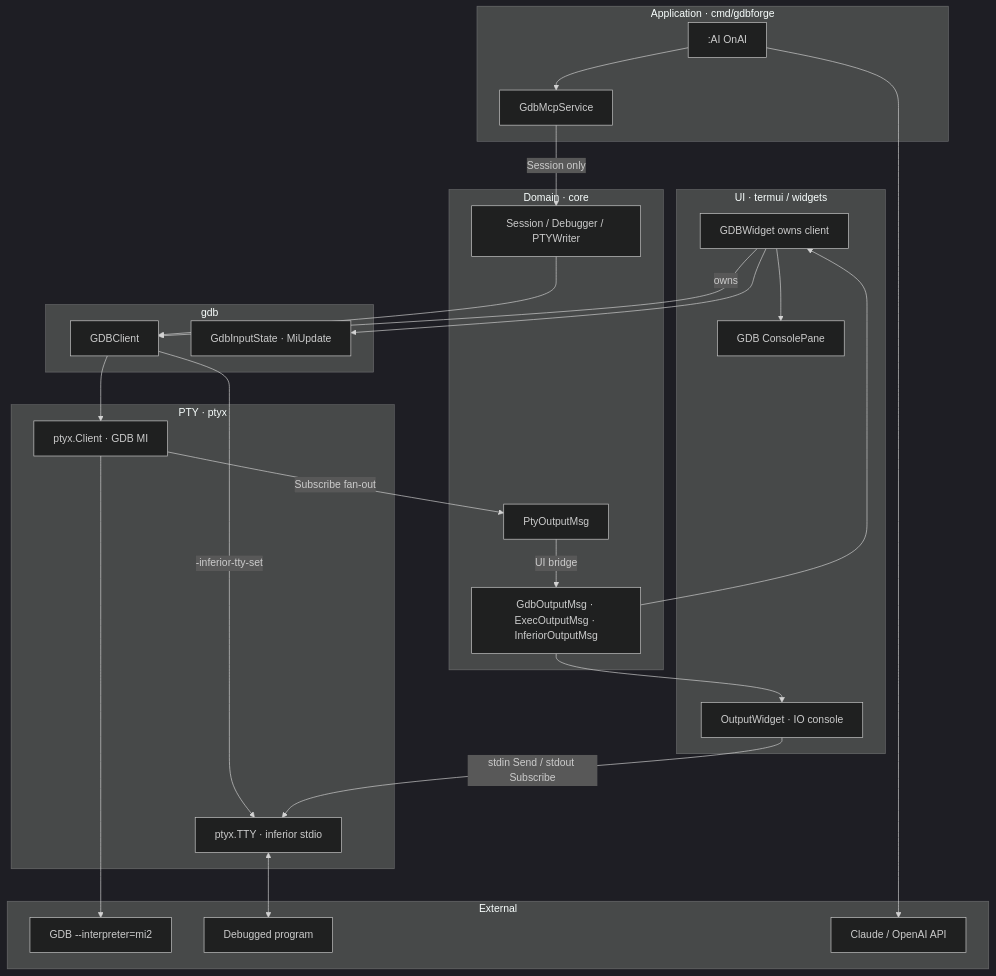
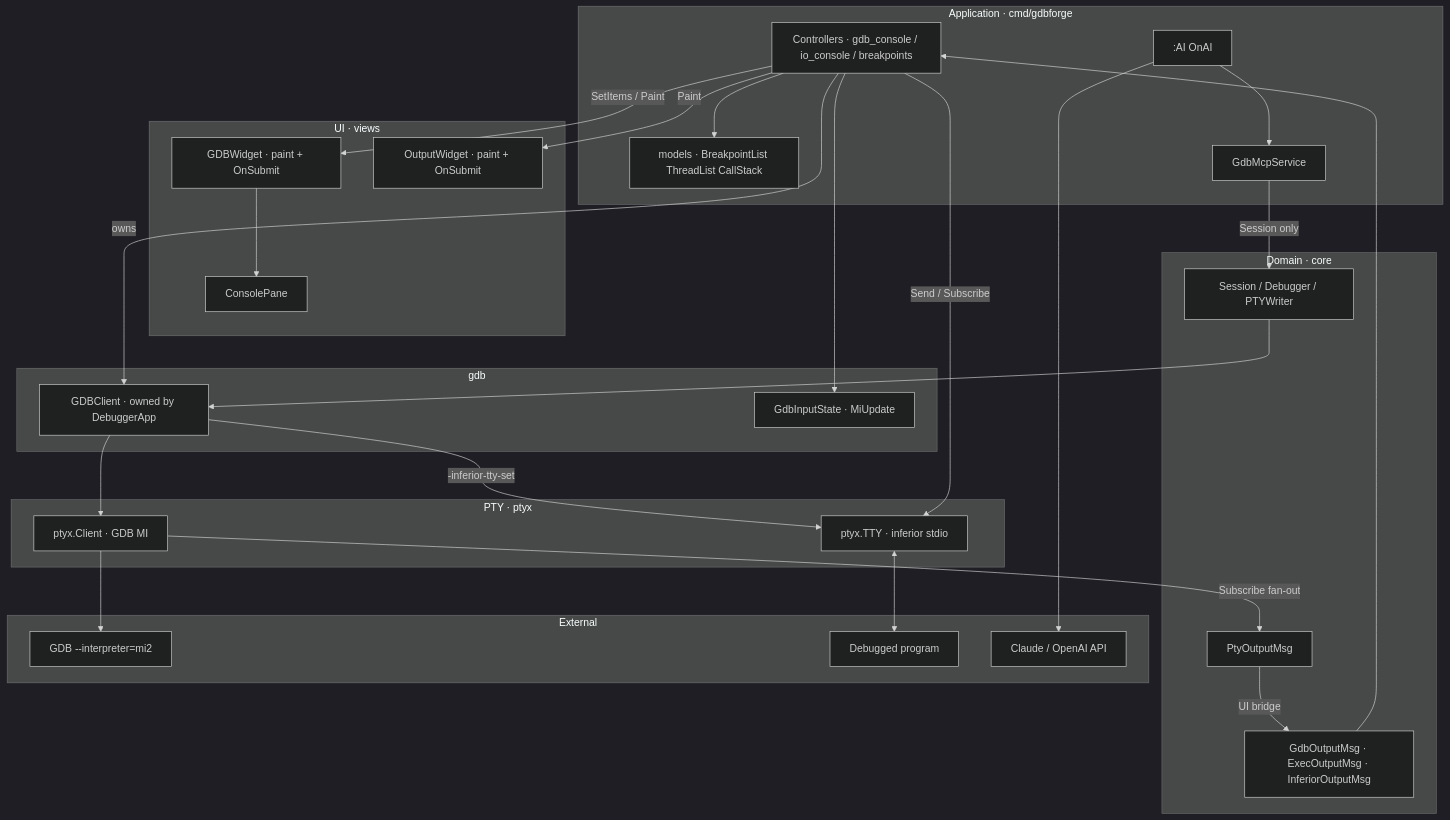
Before and after one commit to yairgd/gdbforge: the first of 6 diagrams in docs/DEBUGGER_INTEGRATION.md, drawn with Mermaid (dark theme). The commit also changed other lines of this file and 37 other files, not shown here.

First line of the commit message:
Refactor remaining panes to MVC and document the architecture.

````diff
--- a/docs/DEBUGGER_INTEGRATION.md
+++ b/docs/DEBUGGER_INTEGRATION.md
@@ -31,52 +31,56 @@
 ```mermaid
 flowchart TB
-    subgraph UI["UI · termui / widgets"]
-        GDBW["GDBWidget owns client"]
-        Cons["GDB ConsolePane"]
-        IOW["OutputWidget · IO console"]
+    subgraph UI["UI · views"]
+        GDBW["GDBWidget · paint + OnSubmit"]
+        Cons["ConsolePane"]
+        IOW["OutputWidget · paint + OnSubmit"]
     end
 
     subgraph App["Application · cmd/gdbforge"]
+        Ctrl["Controllers · gdb_console / io_console / breakpoints"]
+        Models["models · BreakpointList ThreadList CallStack"]
         AI[":AI OnAI"]
         MCP["GdbMcpService"]
     end
 
     subgraph Domain["Domain · core"]
         SessIF["Session / Debugger / PTYWriter"]
         PtyMsg["PtyOutputMsg"]
         UIMsg["GdbOutputMsg · ExecOutputMsg · InferiorOutputMsg"]
     end
 
     subgraph PTYLayer["PTY · ptyx"]
         Pty["ptyx.Client · GDB MI"]
         Inf["ptyx.TTY · inferior stdio"]
     end
 
     subgraph Backend["gdb"]
-        Client["GDBClient"]
+        Client["GDBClient · owned by DebuggerApp"]
         MI["GdbInputState · MiUpdate"]
     end
 
     subgraph External["External"]
         GDB["GDB --interpreter=mi2"]
         Prog["Debugged program"]
         LLM["Claude / OpenAI API"]
     end
 
     GDBW --> Cons
-    GDBW -->|"owns"| Client
+    Ctrl -->|"owns"| Client
+    Ctrl -->|"SetItems / Paint"| GDBW
+    Ctrl -->|"Paint"| IOW
+    Ctrl --> Models
     Client --> Pty
     Client -->|"-inferior-tty-set"| Inf
-    IOW -->|"stdin Send / stdout Subscribe"| Inf
+    Ctrl -->|"Send / Subscribe"| Inf
     Inf <--> Prog
     MCP -->|"Session only"| SessIF
     AI --> MCP
     AI --> LLM
     SessIF --> Client
     Pty -->|"Subscribe fan-out"| PtyMsg
     PtyMsg -->|"UI bridge"| UIMsg
-    UIMsg --> GDBW
-    UIMsg --> IOW
+    UIMsg --> Ctrl
     Pty --> GDB
-    GDBW --> MI
+    Ctrl --> MI
 ```
````
